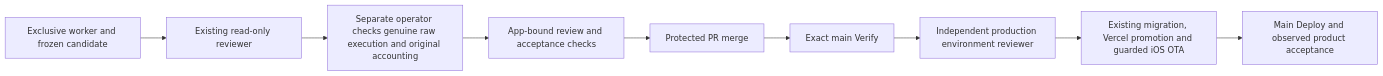
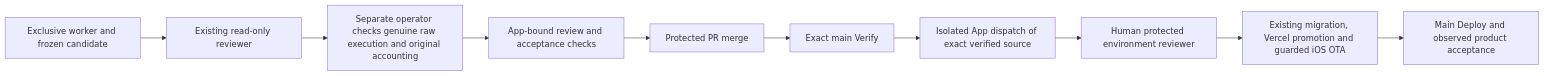
The diagram in docs/engineering/devops/shipping-control-setup/README.md (dgmolla/fitsy), drawn with Mermaid before and after one commit. The commit also changed other lines of this file and 7 other files, not shown here.

First line of the commit message:
feat(delivery): prepare isolated App dispatch for single-human release

````diff
--- a/docs/engineering/devops/shipping-control-setup/README.md
+++ b/docs/engineering/devops/shipping-control-setup/README.md
@@ -10,11 +12,12 @@
 ```mermaid
 flowchart LR
     W[Exclusive worker and frozen candidate] --> R[Existing read-only reviewer]
     R --> O[Separate operator checks genuine raw execution and original accounting]
     O --> C[App-bound review and acceptance checks]
     C --> M[Protected PR merge]
     M --> V[Exact main Verify]
-    V --> E[Independent production environment reviewer]
+    V --> A[Isolated App dispatch of exact verified source]
+    A --> E[Human protected environment reviewer]
     E --> D[Existing migration, Vercel promotion and guarded iOS OTA]
     D --> P[Main Deploy and observed product acceptance]
 ```
````
